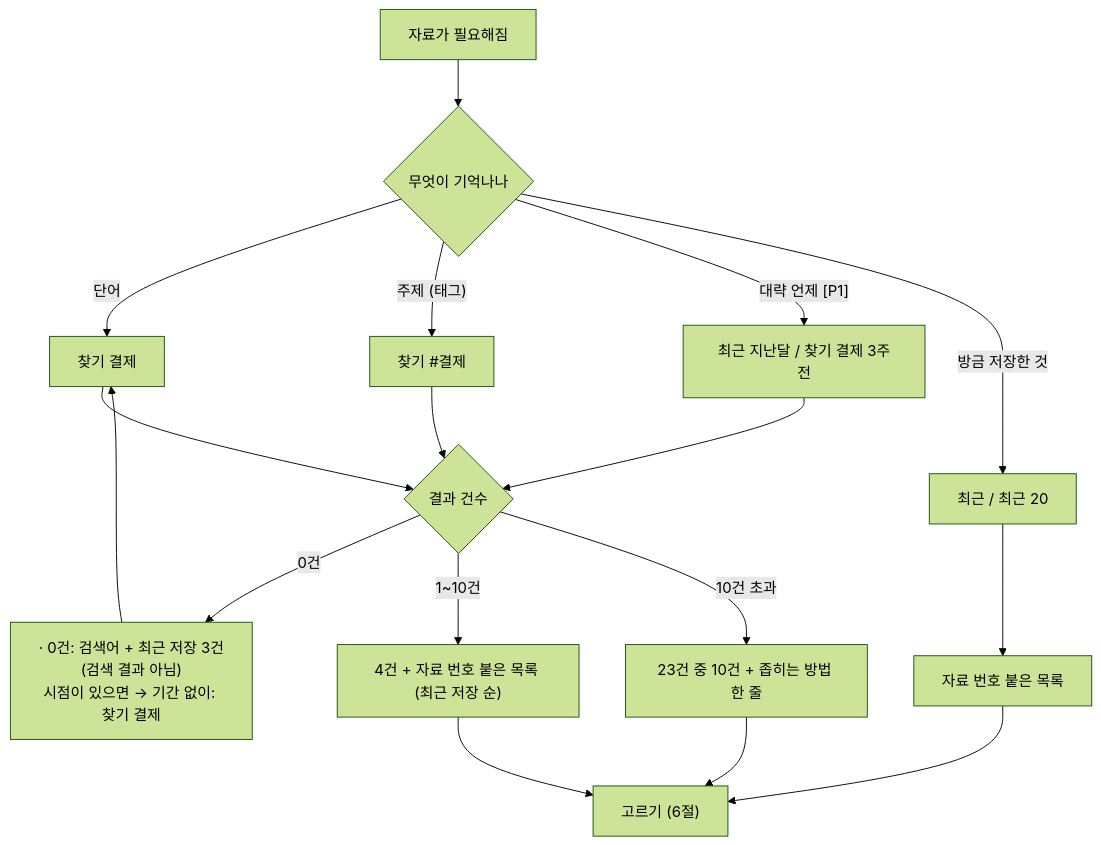
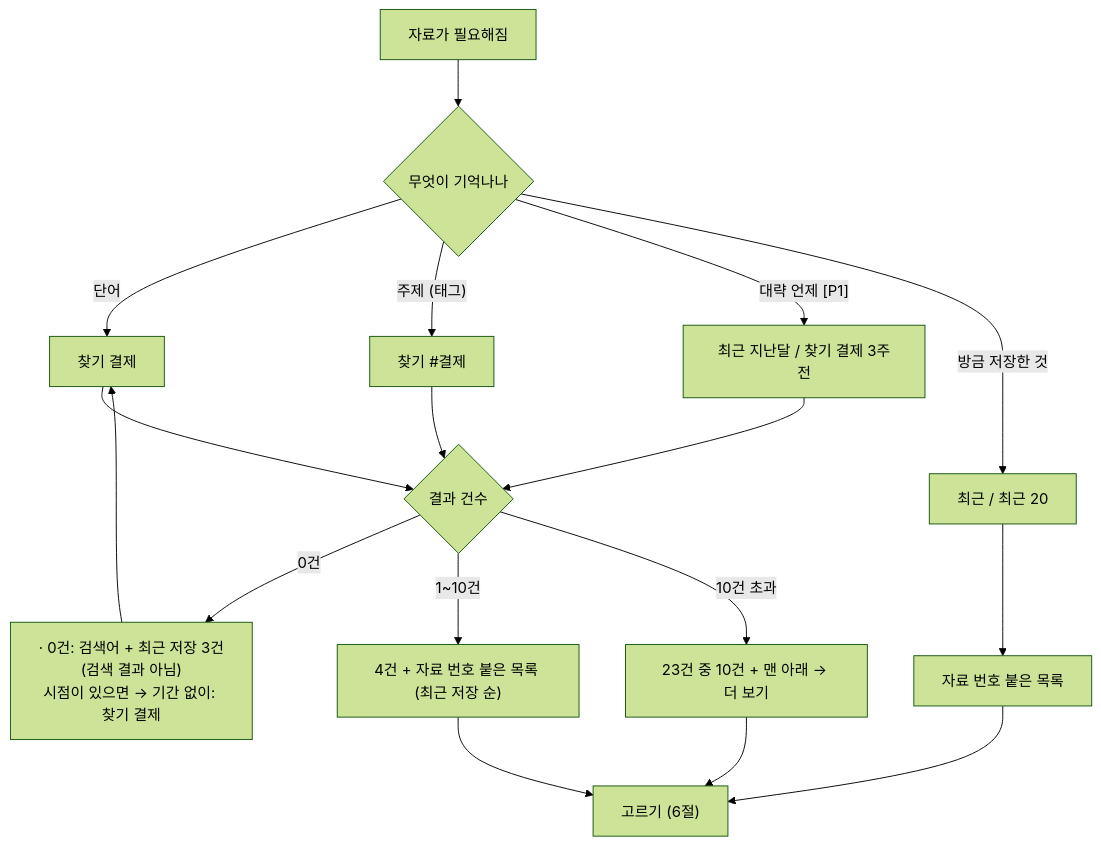
The fifth of 10 diagrams in docs/planning/user-flow.md (delightPIP/grep), drawn with Mermaid (forest theme) before and after one commit. The commit also changed other lines of this file and 16 other files, not shown here.

````diff
--- a/docs/planning/user-flow.md
+++ b/docs/planning/user-flow.md
@@ -146,19 +146,19 @@
 ```mermaid
 flowchart TD
     A["자료가 필요해짐"] --> B{"무엇이 기억나나"}
     B -- "단어" --> C["찾기 결제"]
     B -- "주제 (태그)" --> T["찾기 #결제"]
     T --> F
     B -- "대략 언제 [P1]" --> D["최근 지난달 / 찾기 결제 3주전"]
     B -- "방금 저장한 것" --> E["최근 / 최근 20"]
     C --> F{"결과 건수"}
     D --> F
     E --> G["자료 번호 붙은 목록"]
     F -- "0건" --> H["· 0건: 검색어 + 최근 저장 3건(검색 결과 아님)<br/>시점이 있으면 → 기간 없이: 찾기 결제"]
     F -- "1~10건" --> I["4건 + 자료 번호 붙은 목록 (최근 저장 순)"]
-    F -- "10건 초과" --> J["23건 중 10건 + 좁히는 방법 한 줄"]
+    F -- "10건 초과" --> J["23건 중 10건 + 맨 아래 → 더 보기"]
     I --> K["고르기 (6절)"]
     J --> K
     G --> K
     H --> C
 ```
````
